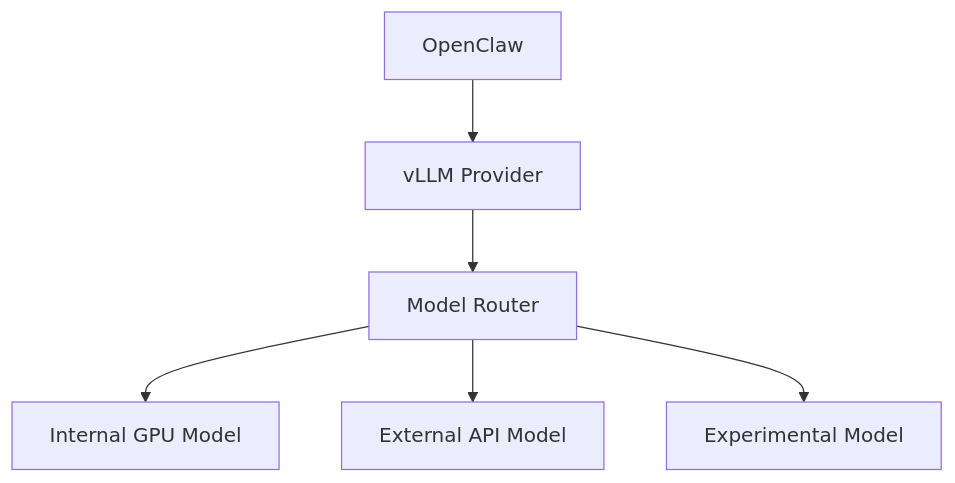
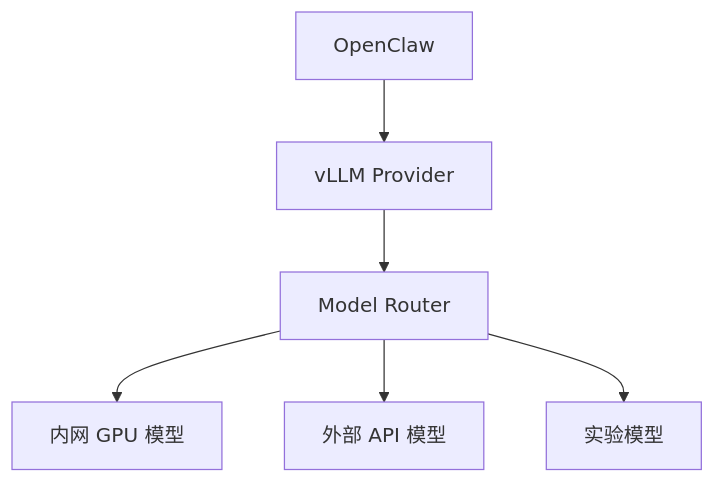
The second of 2 diagrams in README.md (wss020/openclaw_llm_infra), drawn with Mermaid before and after one commit. The commit also changed other lines of this file, not shown here.

First line of the commit message:
Revise README for architecture and design updates

````diff
--- a/README.md
+++ b/README.md
@@ -31,16 +31,16 @@
 ```mermaid
 flowchart TD
     OC[OpenClaw]
     VP[vLLM Provider]
     MR[Model Router]
 
-    GPU[Internal GPU Model]
-    EXT[External API Model]
-    EXP[Experimental Model]
+    GPU[内网 GPU 模型]
+    EXT[外部 API 模型]
+    EXP[实验模型]
 
     OC --> VP
     VP --> MR
     MR --> GPU
     MR --> EXT
     MR --> EXP
 ```
````
